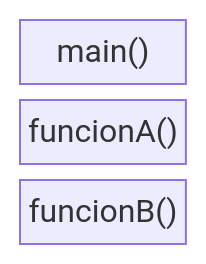
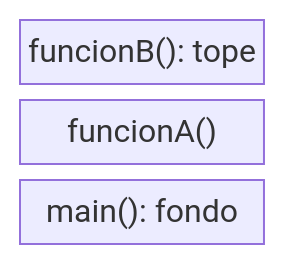
One commit to djaimej/computer-science-template changed the first of 3 diagrams in public/documents/semester-2/2/2273.md. Above: the diagram before and after it, drawn with Mermaid. The commit also changed other lines of this file and 44 other files, not shown here.

````diff
--- a/public/documents/semester-2/2/2273.md
+++ b/public/documents/semester-2/2/2273.md
@@ -50,5 +50,5 @@
 ```mermaid
 block
     columns 1
-    a["main()"] b["funcionA()"] c["funcionB()"]
+    c["funcionB(): tope"] b["funcionA()"] a["main(): fondo"]
 ```
````
